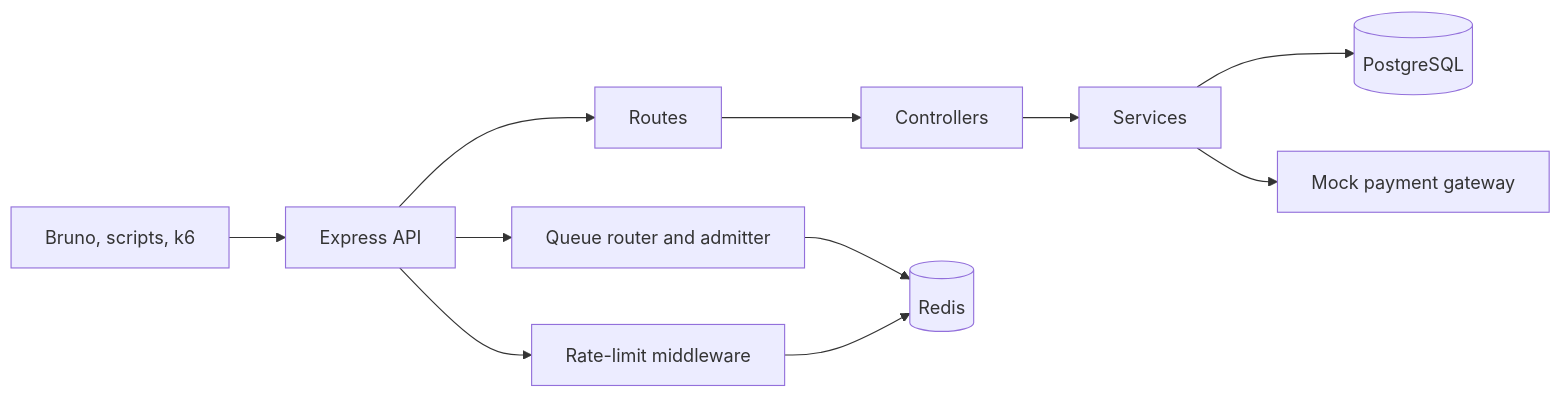
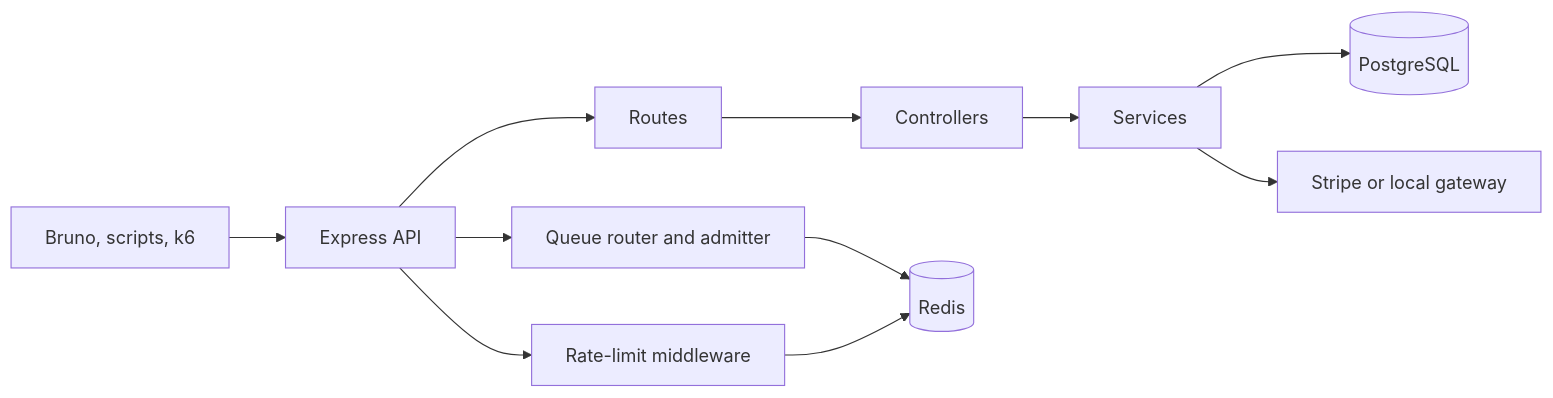
Before and after one commit to akshitbhardwajhere/ticketrush: the first of 2 diagrams in README.md, drawn with Mermaid. The commit also changed other lines of this file, not shown here.

Commit message:
docs: document production-like architecture

````diff
--- a/README.md
+++ b/README.md
@@ -50,13 +53,13 @@
 ```mermaid
 flowchart LR
   Client[Bruno, scripts, k6] --> API[Express API]
   API --> Routes[Routes]
   Routes --> Controllers[Controllers]
   Controllers --> Services[Services]
   Services --> Postgres[(PostgreSQL)]
-  Services --> Gateway[Mock payment gateway]
+  Services --> Gateway[Stripe or local gateway]
   API --> Queue[Queue router and admitter]
   Queue --> Redis[(Redis)]
   API --> RateLimit[Rate-limit middleware]
   RateLimit --> Redis
 ```
````
